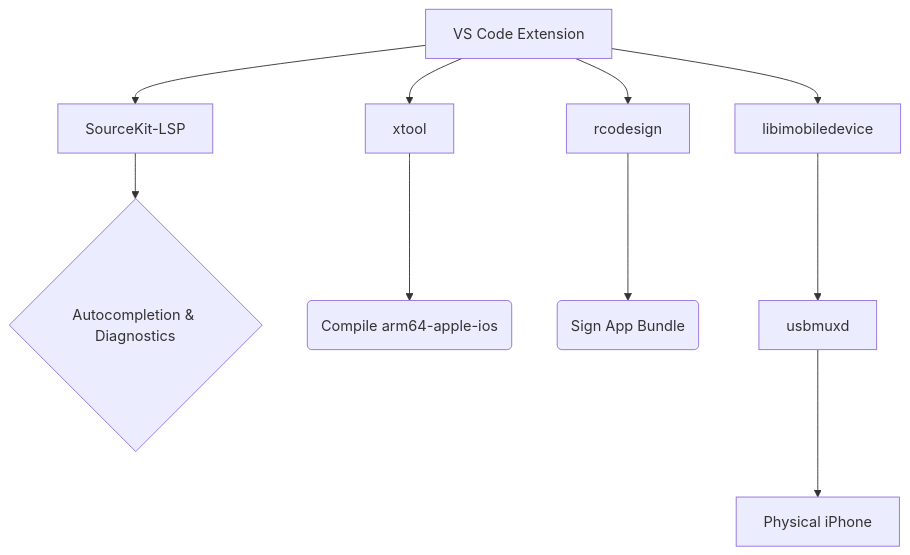
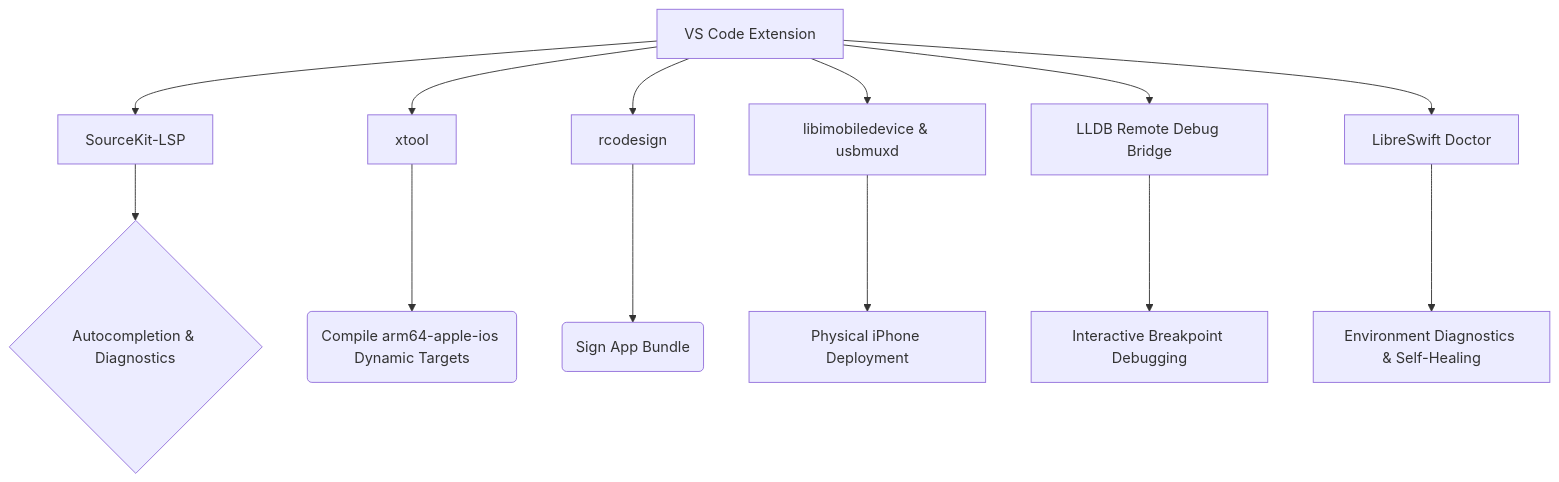
Before and after one commit to kisalnelaka/LibreSwift: the diagram in README.md, drawn with Mermaid. The commit also changed other lines of this file and 31 other files, not shown here.

First line of the commit message:
feat: add doctor diagnostics, lldb remote debugging, and dynamic target resolution

````diff
--- a/README.md
+++ b/README.md
@@ -11,13 +11,16 @@
 ```mermaid
 graph TD
     A[VS Code Extension] --> B[SourceKit-LSP]
     A --> C[xtool]
     A --> D[rcodesign]
-    A --> E[libimobiledevice]
+    A --> E[libimobiledevice & usbmuxd]
+    A --> K[LLDB Remote Debug Bridge]
+    A --> L[LibreSwift Doctor]
     
     B --> F{Autocompletion & Diagnostics}
-    C --> G(Compile arm64-apple-ios)
+    C --> G(Compile arm64-apple-ios Dynamic Targets)
     D --> H(Sign App Bundle)
-    E --> I[usbmuxd]
-    I --> J[Physical iPhone]
+    E --> I[Physical iPhone Deployment]
+    K --> J[Interactive Breakpoint Debugging]
+    L --> M[Environment Diagnostics & Self-Healing]
 ```
````
